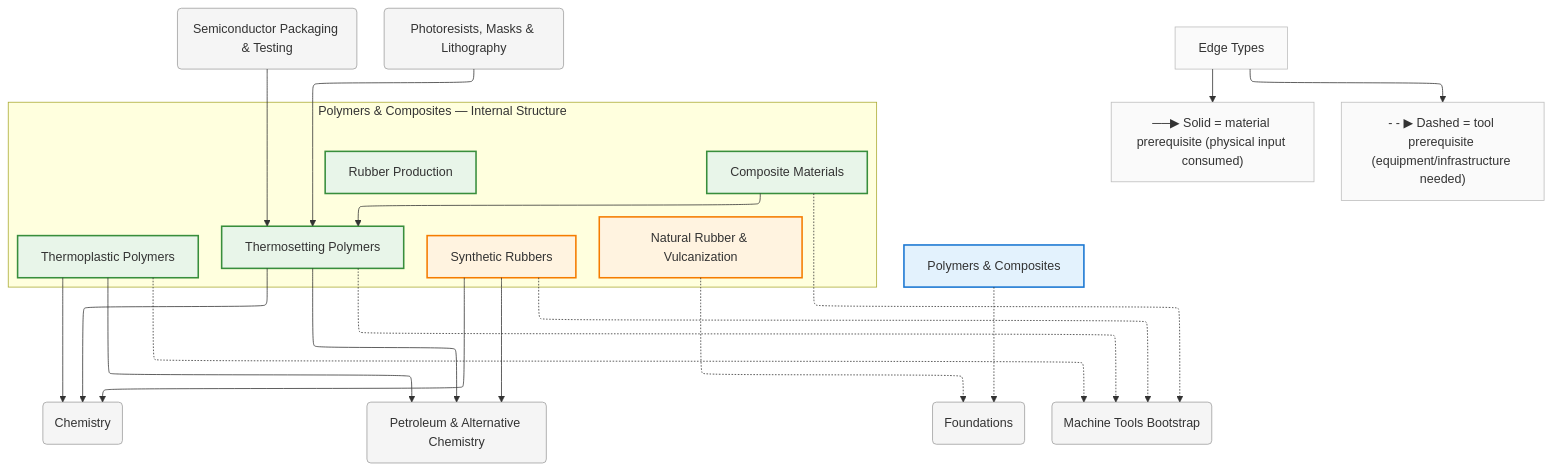
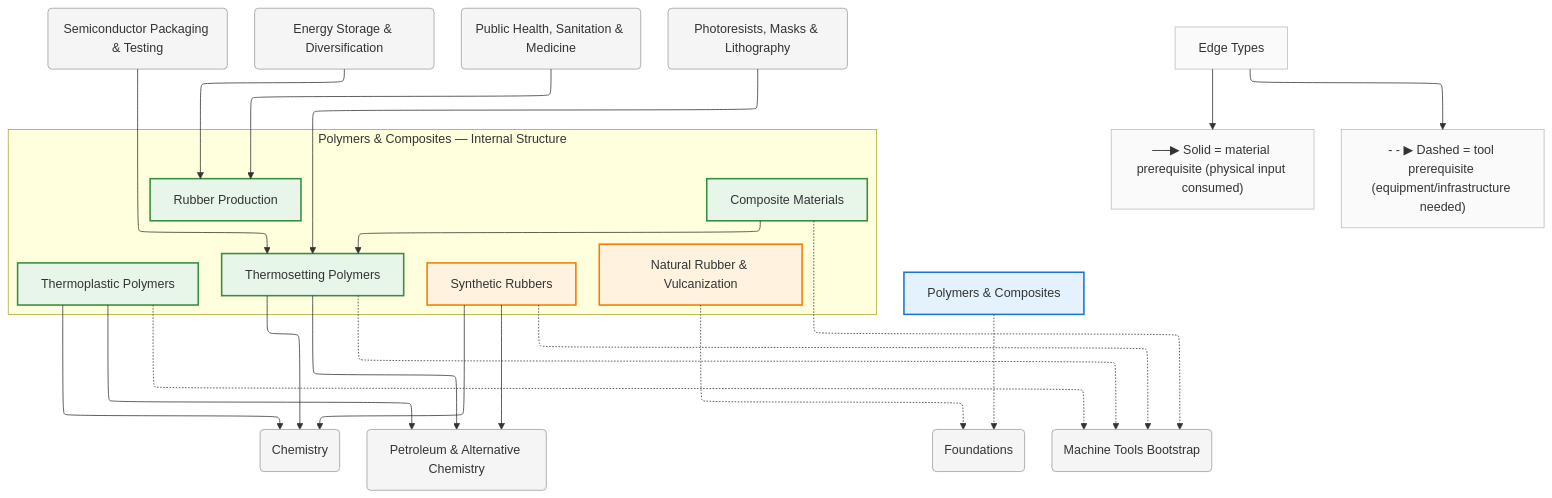
The diagram in diagrams/mermaid/polymers.mmd (egofree/TechTree), drawn with Mermaid before and after one commit. The commit also changed 15 other files, not shown here.

First line of the commit message:
chore(diagrams): regenerate all Mermaid diagrams from updated data

```diff
--- a/diagrams/mermaid/polymers.mmd
+++ b/diagrams/mermaid/polymers.mmd
@@ -1,71 +1,77 @@
 %%{init: {"flowchart": {"defaultRenderer": "elk", "htmlLabels": true}}}%%
 graph TD
     %% Domain: Polymers & Composites
 
     %% ==================== INTERNAL NODES ====================
     subgraph polymers_internal ["Polymers & Composites — Internal Structure"]
         direction TB
         polymers_rubber["Rubber Production"]
         polymers_rubber_natural["Natural Rubber & Vulcanization"]
         polymers_rubber_synthetic["Synthetic Rubbers"]
         polymers_thermosets["Thermosetting Polymers"]
         polymers_thermoplastics["Thermoplastic Polymers"]
         polymers_composites["Composite Materials"]
     end
 
     %% ==================== DOMAIN NODE ====================
     polymers["Polymers & Composites"]
 
     %% ==================== EXTERNAL DEPENDENCIES ====================
     chemistry("Chemistry")
     chemistry_packaging-testing("Semiconductor Packaging & Testing")
     chemistry_petroleum-alternatives("Petroleum & Alternative Chemistry")
+    energy_storage("Energy Storage & Diversification")
     foundations("Foundations")
+    health("Public Health, Sanitation & Medicine")
     machine-tools("Machine Tools Bootstrap")
     photolithography_resists-masks("Photoresists, Masks & Lithography")
 
     %% ==================== EDGES ====================
     polymers_composites --> polymers_thermosets
     photolithography_resists-masks --> polymers_thermosets
     chemistry_packaging-testing --> polymers_thermosets
     polymers -.-> foundations
     polymers_rubber_synthetic --> chemistry_petroleum-alternatives
     polymers_rubber_synthetic --> chemistry
     polymers_rubber_synthetic -.-> machine-tools
     polymers_thermosets --> chemistry_petroleum-alternatives
     polymers_thermosets --> chemistry
     polymers_thermosets -.-> machine-tools
     polymers_thermoplastics --> chemistry_petroleum-alternatives
     polymers_thermoplastics --> chemistry
     polymers_thermoplastics -.-> machine-tools
     polymers_composites -.-> machine-tools
     polymers_rubber_natural -.-> foundations
+    health --> polymers_rubber
+    energy_storage --> polymers_rubber
 
     %% ==================== EDGE TYPE LEGEND ====================
     EdgeLegend["Edge Types"]
     EdgeLegend --> MatNote["──▶ Solid = material prerequisite (physical input consumed)"]
     EdgeLegend --> ToolNote["- - ▶ Dashed = tool prerequisite (equipment/infrastructure needed)"]
 
     %% ==================== STYLING ====================
     classDef domain fill:#e3f2fd,stroke:#1976d2,stroke-width:2px
     classDef capability fill:#e8f5e9,stroke:#388e3c,stroke-width:2px
     classDef process fill:#fff3e0,stroke:#f57c00,stroke-width:2px
     classDef critical fill:#fff3e0,stroke:#f57c00,stroke-width:3px
     classDef earlyWin fill:#e8f5e9,stroke:#388e3c,stroke-width:3px
     classDef pinnacle fill:#fce4ec,stroke:#c62828,stroke-width:3px
     classDef external fill:#f5f5f5,stroke:#9e9e9e,stroke-width:1px
     classDef legend fill:#fafafa,stroke:#bdbdbd,stroke-width:1px
     class polymers domain
     class polymers_rubber capability
     class polymers_rubber_natural process
     class polymers_rubber_synthetic process
     class polymers_thermosets capability
     class polymers_thermoplastics capability
     class polymers_composites capability
     class chemistry external
     class chemistry_packaging-testing external
     class chemistry_petroleum-alternatives external
+    class energy_storage external
     class foundations external
+    class health external
     class machine-tools external
     class photolithography_resists-masks external
     class EdgeLegend,MatNote,ToolNote legend
```
